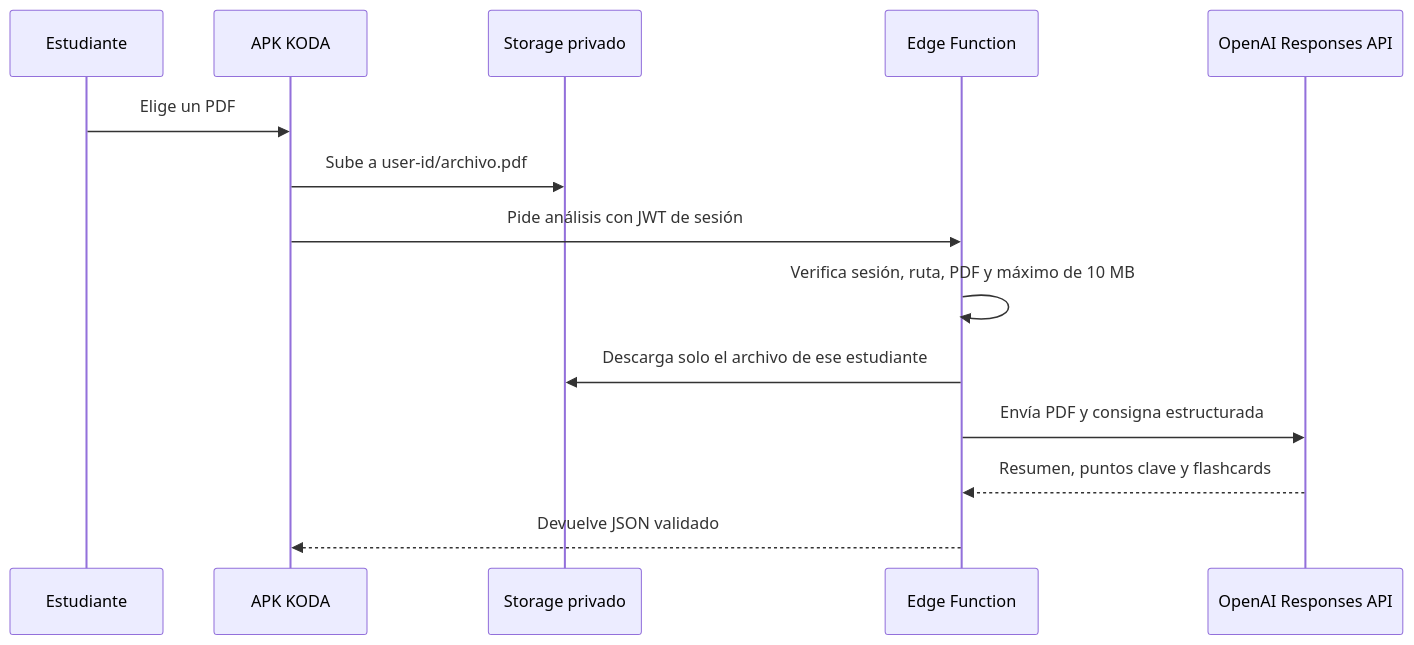
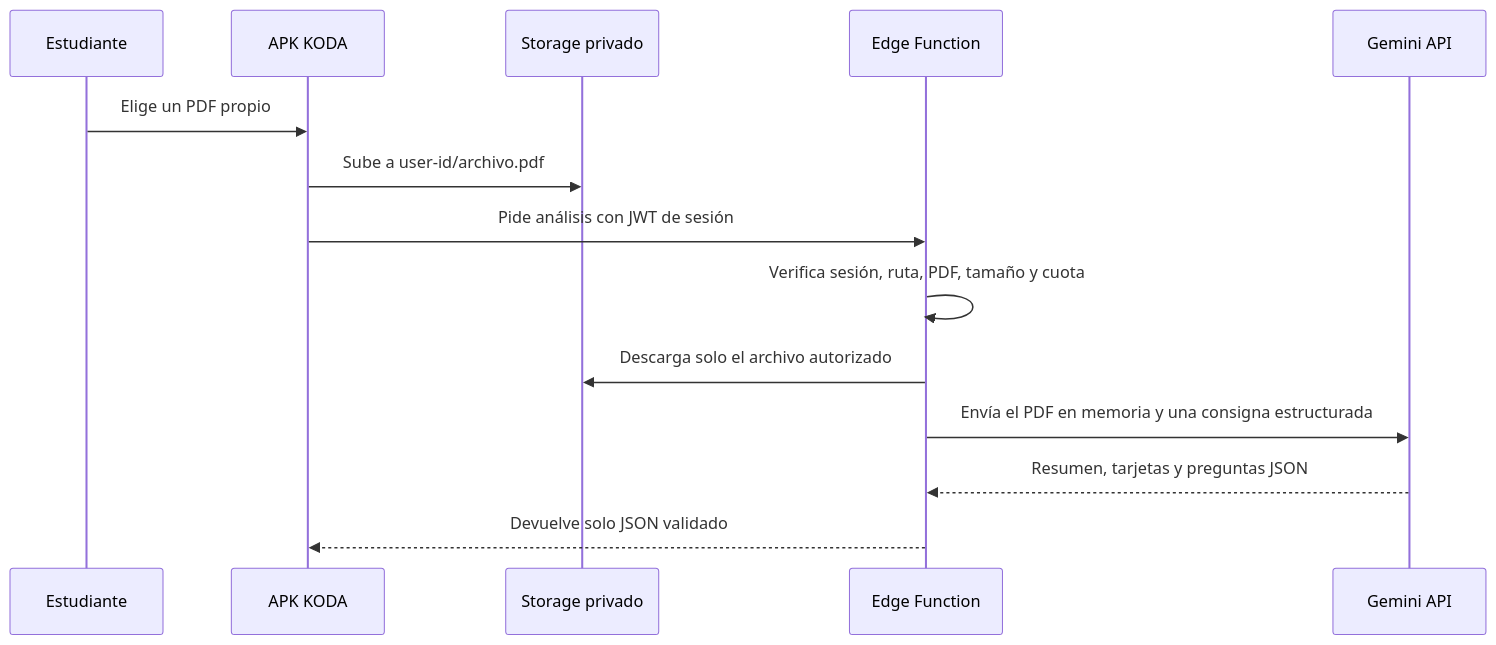
Before and after one commit to sebastianrosasq/KODA: the diagram in docs/AI_SETUP.md, drawn with Mermaid. The commit also changed other lines of this file and 21 other files, not shown here.

````diff
--- a/docs/AI_SETUP.md
+++ b/docs/AI_SETUP.md
@@ -7,17 +7,17 @@
 ```mermaid
 sequenceDiagram
   participant E as Estudiante
   participant A as APK KODA
   participant S as Storage privado
   participant F as Edge Function
-  participant O as OpenAI Responses API
+  participant G as Gemini API
 
-  E->>A: Elige un PDF
+  E->>A: Elige un PDF propio
   A->>S: Sube a user-id/archivo.pdf
   A->>F: Pide análisis con JWT de sesión
-  F->>F: Verifica sesión, ruta, PDF y máximo de 10 MB
-  F->>S: Descarga solo el archivo de ese estudiante
-  F->>O: Envía PDF y consigna estructurada
-  O-->>F: Resumen, puntos clave y flashcards
-  F-->>A: Devuelve JSON validado
+  F->>F: Verifica sesión, ruta, PDF, tamaño y cuota
+  F->>S: Descarga solo el archivo autorizado
+  F->>G: Envía el PDF en memoria y una consigna estructurada
+  G-->>F: Resumen, tarjetas y preguntas JSON
+  F-->>A: Devuelve solo JSON validado
 ```
````
